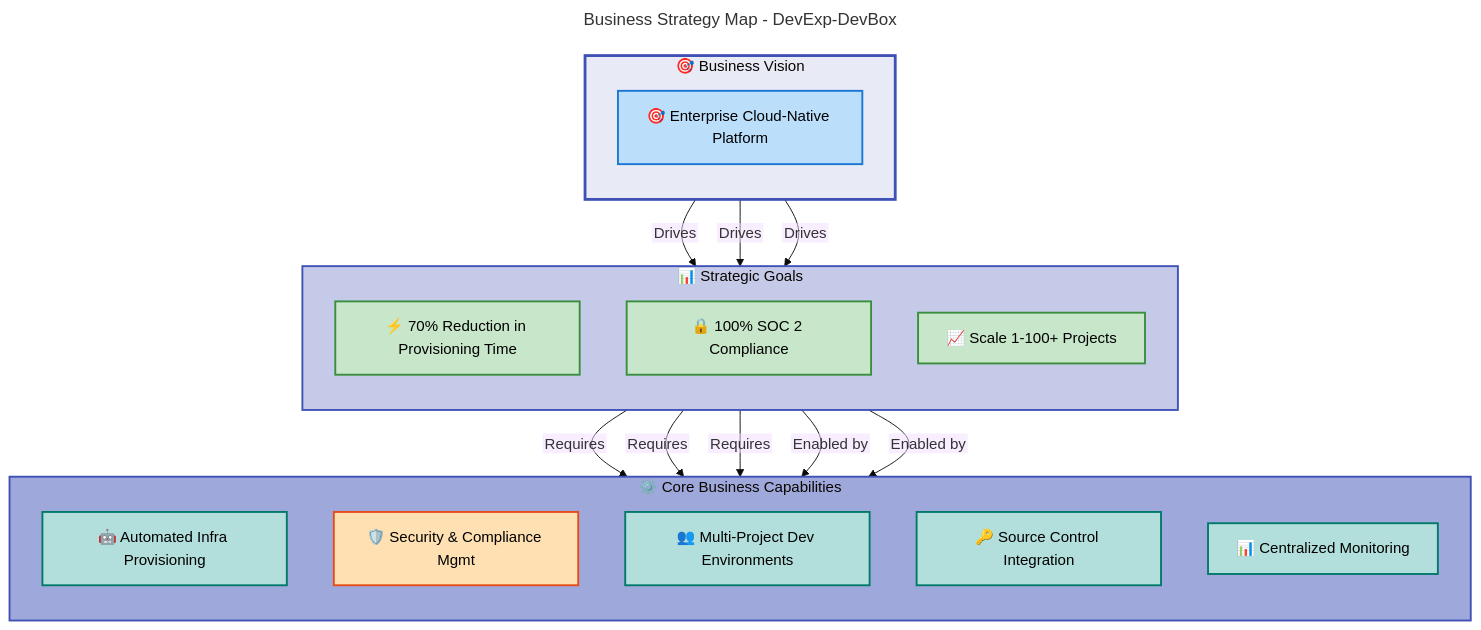
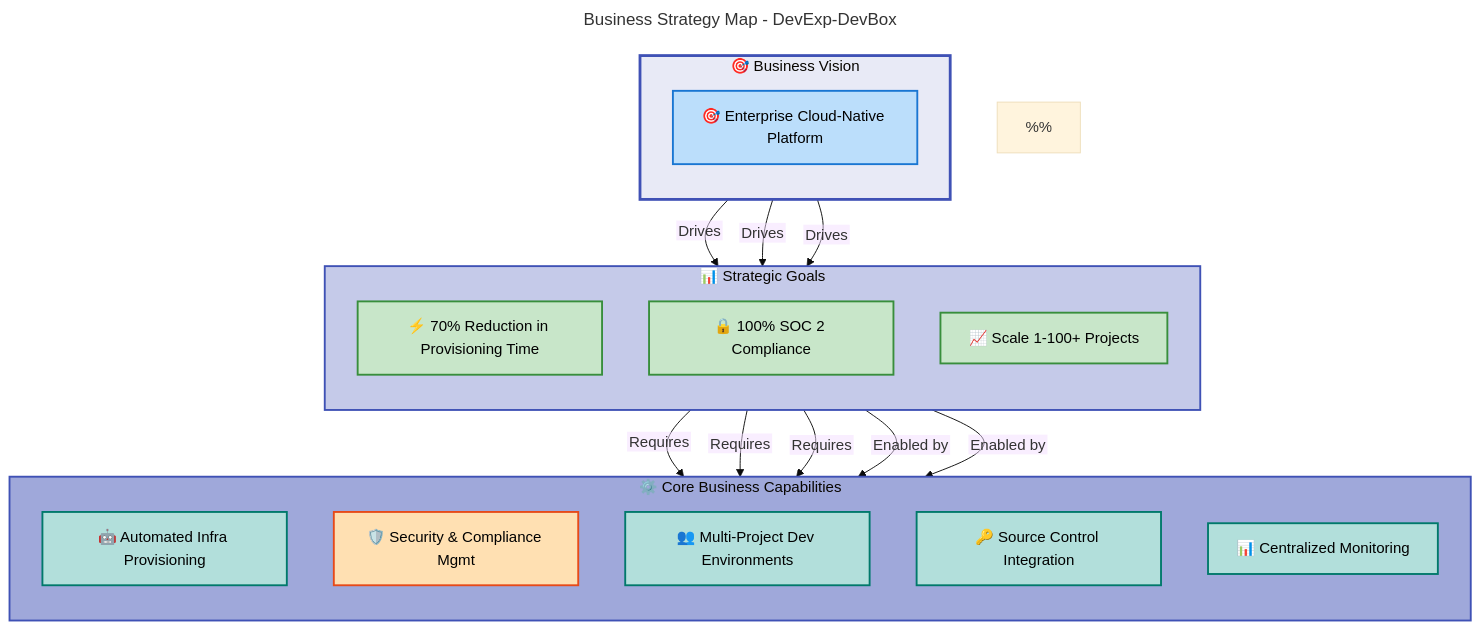
One commit to Evilazaro/DevExp-DevBox changed the first of 5 diagrams in docs/Business-Architecture-BDAT.md. Above: the diagram before and after it, drawn with Mermaid. The commit also changed other lines of this file, not shown here.

Commit message:
Enhance Business Architecture Document with detailed diagram structures and color rationales for improved clarity and understanding of strategic objectives and capabilities

````diff
--- a/docs/Business-Architecture-BDAT.md
+++ b/docs/Business-Architecture-BDAT.md
@@ -102,61 +102,78 @@
 ```mermaid
 ---
 title: Business Strategy Map - DevExp-DevBox
 config:
   theme: base
   flowchart:
     htmlLabels: false
 ---
 flowchart TD
     accTitle: Business Strategy Map showing strategic objectives and enabling capabilities
     accDescr: Hierarchical view of business vision, strategic goals, and operational capabilities for DevExp-DevBox platform
 
+    %% DIAGRAM STRUCTURE:
+    %% - Level 1 (Vision): Single strategic vision statement
+    %% - Level 2 (Goals): 3 measurable strategic goals
+    %% - Level 3 (Capabilities): 5 core business capabilities enabling goals
+    %%
+    %% RELATIONSHIPS:
+    %% - Vision "Drives" Goals (strategic direction)
+    %% - Goals "Require" Capabilities (resource dependencies)
+    %% - Goals "Enabled by" Capabilities (supporting functions)
+
     %% STANDARD COLOR SCHEME v2.1 - Material Design 3
     %% Hierarchical Colors (Structural Nesting)
+    %% - Level 1 (Vision): #E8EAF6 (Indigo 50) - Lightest
+    %% - Level 2 (Goals): #C5CAE9 (Indigo 100) - Medium
+    %% - Level 3 (Capabilities): #9FA8DA (Indigo 200) - Darker
     classDef level1Group fill:#E8EAF6,stroke:#3F51B5,stroke-width:3px,color:#000
     classDef level2Group fill:#C5CAE9,stroke:#3F51B5,stroke-width:2px,color:#000
     classDef level3Group fill:#9FA8DA,stroke:#3F51B5,stroke-width:2px,color:#000
 
     %% Semantic Colors (Functional Content - 100-level shades)
+    %% - Blue: Strategic/Vision elements
+    %% - Green: Efficiency/Performance outcomes
+    %% - Orange: Security/Compliance functions
+    %% - Teal: Operational capabilities
     classDef mdBlue fill:#BBDEFB,stroke:#1976D2,stroke-width:2px,color:#000
     classDef mdGreen fill:#C8E6C9,stroke:#388E3C,stroke-width:2px,color:#000
     classDef mdOrange fill:#FFE0B2,stroke:#E64A19,stroke-width:2px,color:#000
     classDef mdTeal fill:#B2DFDB,stroke:#00796B,stroke-width:2px,color:#000
     classDef mdYellow fill:#FFF9C4,stroke:#F57F17,stroke-width:2px,color:#000
 
     subgraph vision["🎯 Business Vision"]
         direction TB
         v1["🎯 Enterprise Cloud-Native Platform"]:::mdBlue
     end
 
     subgraph goals["📊 Strategic Goals"]
         direction TB
         g1["⚡ 70% Reduction in Provisioning Time"]:::mdGreen
         g2["🔒 100% SOC 2 Compliance"]:::mdGreen
         g3["📈 Scale 1-100+ Projects"]:::mdGreen
     end
 
     subgraph capabilities["⚙️ Core Business Capabilities"]
         direction TB
         c1["🤖 Automated Infra Provisioning"]:::mdTeal
         c2["🛡️ Security & Compliance Mgmt"]:::mdOrange
         c3["👥 Multi-Project Dev Environments"]:::mdTeal
         c4["🔑 Source Control Integration"]:::mdTeal
         c5["📊 Centralized Monitoring"]:::mdTeal
     end
 
     v1 -->|"Drives"| g1
     v1 -->|"Drives"| g2
     v1 -->|"Drives"| g3
     g1 -->|"Requires"| c1
     g2 -->|"Requires"| c2
     g3 -->|"Requires"| c3
     g1 -->|"Enabled by"| c4
     g2 -->|"Enabled by"| c5
 
     style vision fill:#E8EAF6,stroke:#3F51B5,stroke-width:3px
     style goals fill:#C5CAE9,stroke:#3F51B5,stroke-width:2px
     style capabilities fill:#9FA8DA,stroke:#3F51B5,stroke-width:2px
 
     %% Accessibility: WCAG AA verified (4.5:1 contrast ratio)
 ```
````
